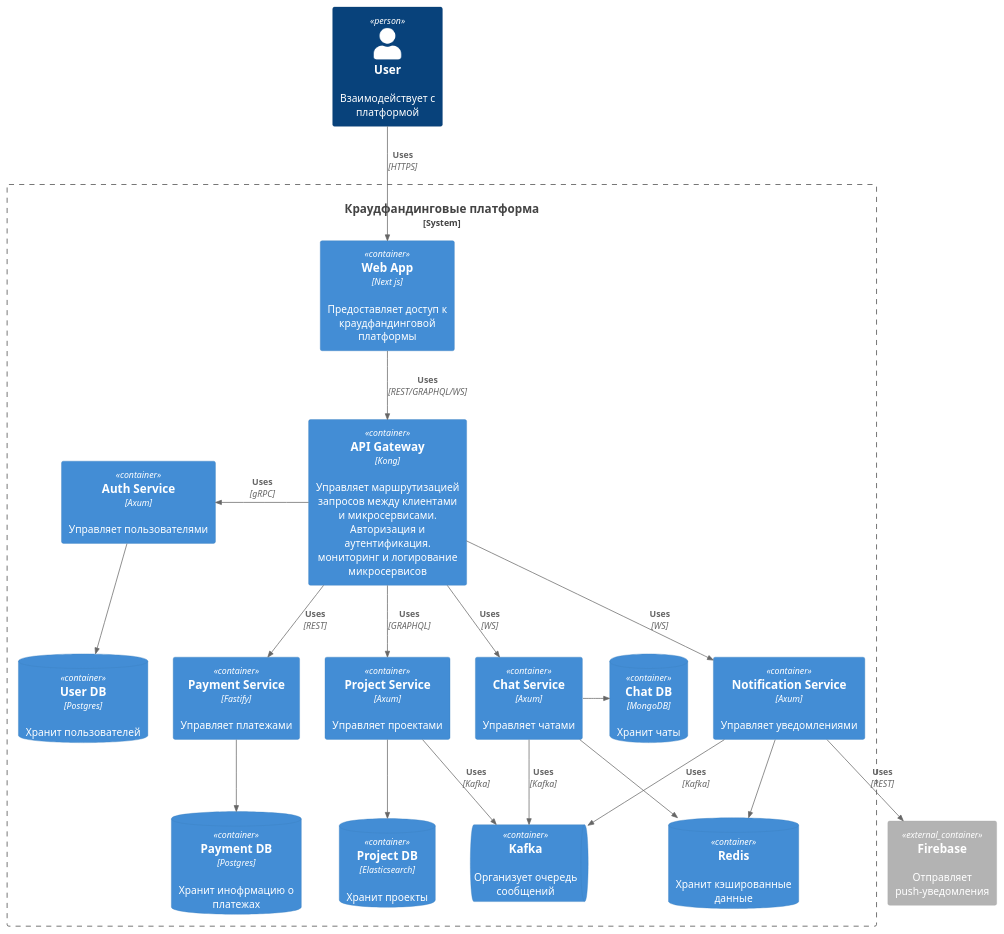
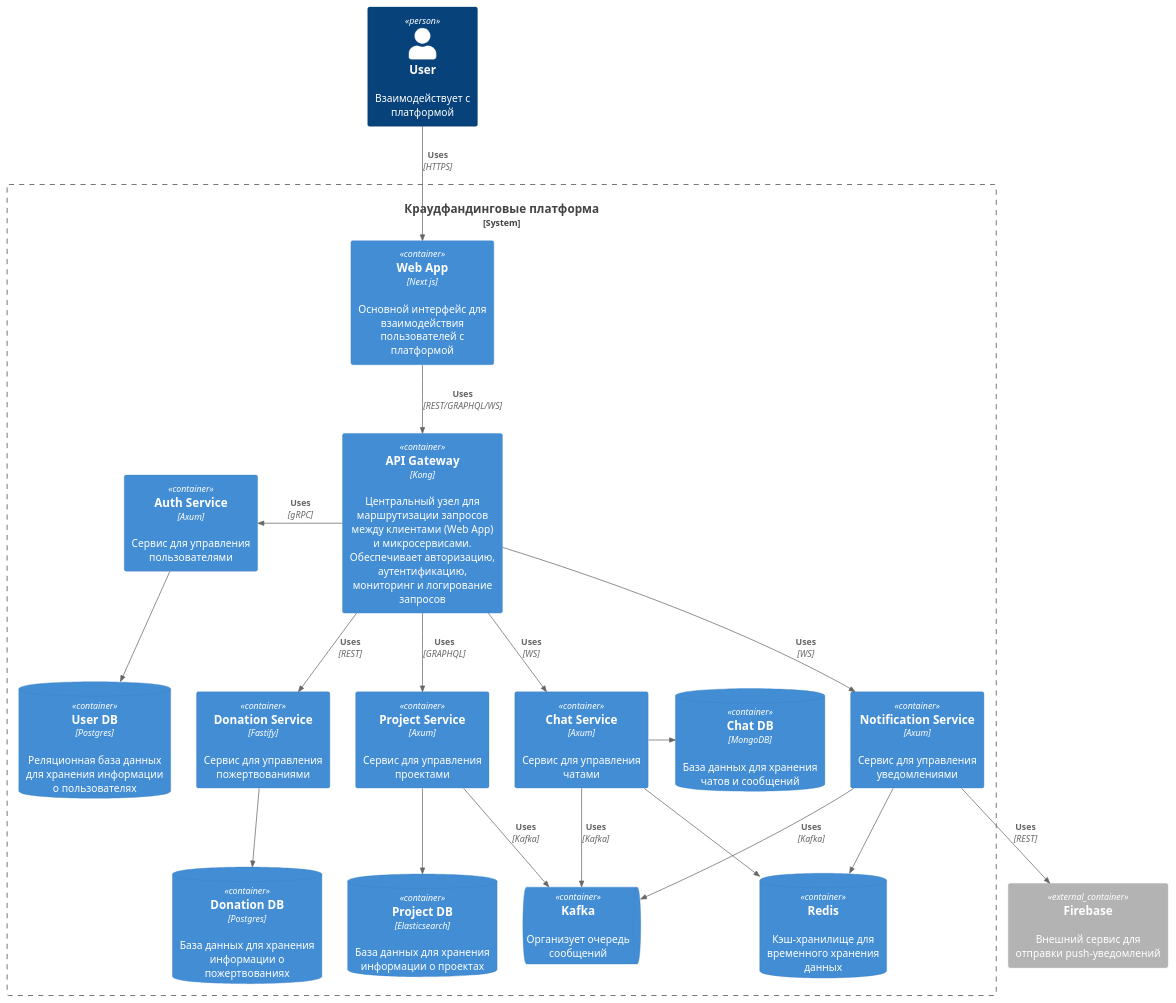
Before and after one commit to Yaosobolev/crowdfunding-platform: the diagram in docs/C4_Container.plantuml, drawn with PlantUML. The commit also changed 4 other files, not shown here.

Commit message:
Created overview and project erd

```diff
--- a/docs/C4_Container.plantuml
+++ b/docs/C4_Container.plantuml
@@ -1,41 +1,41 @@
 @startuml C4_Container
 !include <C4/C4_Container>
 
 LAYOUT_TOP_DOWN()
 
 Person(user, "User", "Взаимодействует с платформой")
 System_Boundary(c1, "Краудфандинговые платформа") {
-    Container(web_client, "Web App", "Next js", $descr="Предоставляет доступ к краудфандинговой платформы")
-    Container(api_gateway, "API Gateway", "Kong", $descr="Управляет маршрутизацией запросов между клиентами и микросервисами. Авторизация и аутентификация. мониторинг и логирование микросервисов")
-    Container(auth_service, "Auth Service", "Axum", $descr="Управляет пользователями")
-    Container(project_service, "Project Service", "Axum", $descr="Управляет проектами")
-    Container(payment_service, "Payment Service", "Fastify", $descr="Управляет платежами")
-    Container(notification_service, "Notification Service", "Axum", $descr="Управляет уведомлениями")
-    Container(chat_service, "Chat Service", "Axum", $descr="Управляет чатами")
+    Container(web_client, "Web App", "Next js", $descr="Основной интерфейс для взаимодействия пользователей с платформой")
+    Container(api_gateway, "API Gateway", "Kong", $descr="Центральный узел для маршрутизации запросов между клиентами (Web App) и микросервисами. Обеспечивает авторизацию, аутентификацию, мониторинг и логирование запросов")
+    Container(auth_service, "Auth Service", "Axum", $descr="Сервис для управления пользователями")
+    Container(project_service, "Project Service", "Axum", $descr="Сервис для управления проектами")
+    Container(donation_service, "Donation Service", "Fastify", $descr="Сервис для управления пожертвованиями")
+Container(notification_service, "Notification Service", "Axum", $descr="Сервис для управления уведомлениями")
+    Container(chat_service, "Chat Service", "Axum", $descr="Сервис для управления чатами")
     ContainerQueue(kafka, "Kafka",  $descr="Организует очередь сообщений")
-    ContainerDb(project_db, "Project DB","Elasticsearch",  $descr="Хранит проекты")
-    ContainerDb(user_db, "User DB","Postgres",  $descr="Хранит пользователей")
-    ContainerDb(payment_db, "Payment DB","Postgres",  $descr="Хранит инофрмацию о платежах")
-    ContainerDb(chat_db, "Chat DB","MongoDB",  $descr="Хранит чаты")
-    ContainerDb(redis, "Redis",  $descr="Хранит кэшированные данные")
+    ContainerDb(project_db, "Project DB","Elasticsearch",  $descr="База данных для хранения информации о проектах")
+    ContainerDb(user_db, "User DB","Postgres",  $descr="Реляционная база данных для хранения информации о пользователях")
+    ContainerDb(donation_db, "Donation DB","Postgres",  $descr="База данных для хранения информации о пожертвованиях")
+    ContainerDb(chat_db, "Chat DB","MongoDB",  $descr="База данных для хранения чатов и сообщений")
+    ContainerDb(redis, "Redis",  $descr="Кэш-хранилище для временного хранения данных")
 }
-    Container_Ext(firebase, "Firebase",  $descr="Отправляет push-уведомления")
+    Container_Ext(firebase, "Firebase",  $descr="Внешний сервис для отправки push-уведомлений")
 
 Rel(user, web_client, "Uses", "HTTPS")
 Rel(web_client, api_gateway, "Uses", "REST/GRAPHQL/WS")
 Rel_L(api_gateway, auth_service, "Uses", "gRPC")
-Rel(api_gateway, payment_service, "Uses", "REST")
+Rel(api_gateway, donation_service, "Uses", "REST")
 Rel(api_gateway, project_service, "Uses", "GRAPHQL")
 Rel(api_gateway, chat_service, "Uses", "WS")
 Rel(api_gateway, notification_service, "Uses", "WS")
 Rel(notification_service, kafka, "Uses", "Kafka")
 Rel(notification_service, redis,)
 Rel(notification_service, firebase, "Uses", "REST")
 Rel(chat_service, kafka, "Uses", "Kafka")
 Rel(chat_service, redis,)
 Rel(project_service, kafka, "Uses", "Kafka")
 Rel(project_service, project_db, )
 Rel(auth_service, user_db, )
-Rel(payment_service, payment_db, )
+Rel(donation_service, donation_db, )
 Rel_R(chat_service, chat_db, )
 @enduml
```
